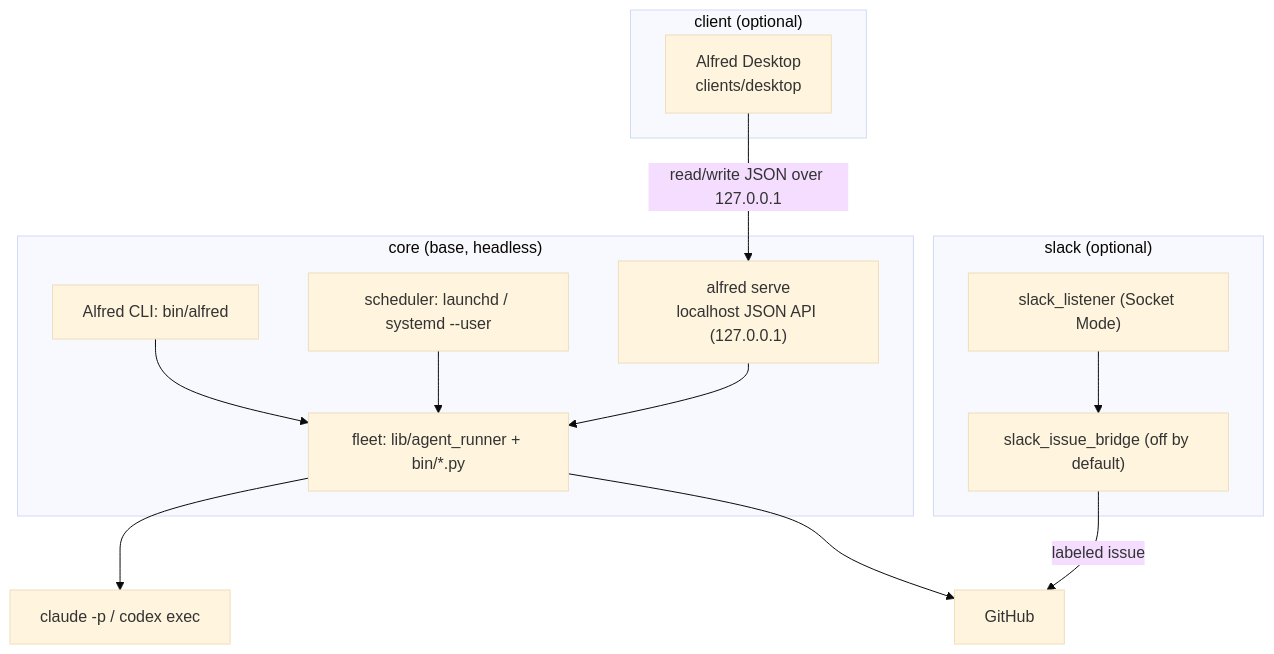
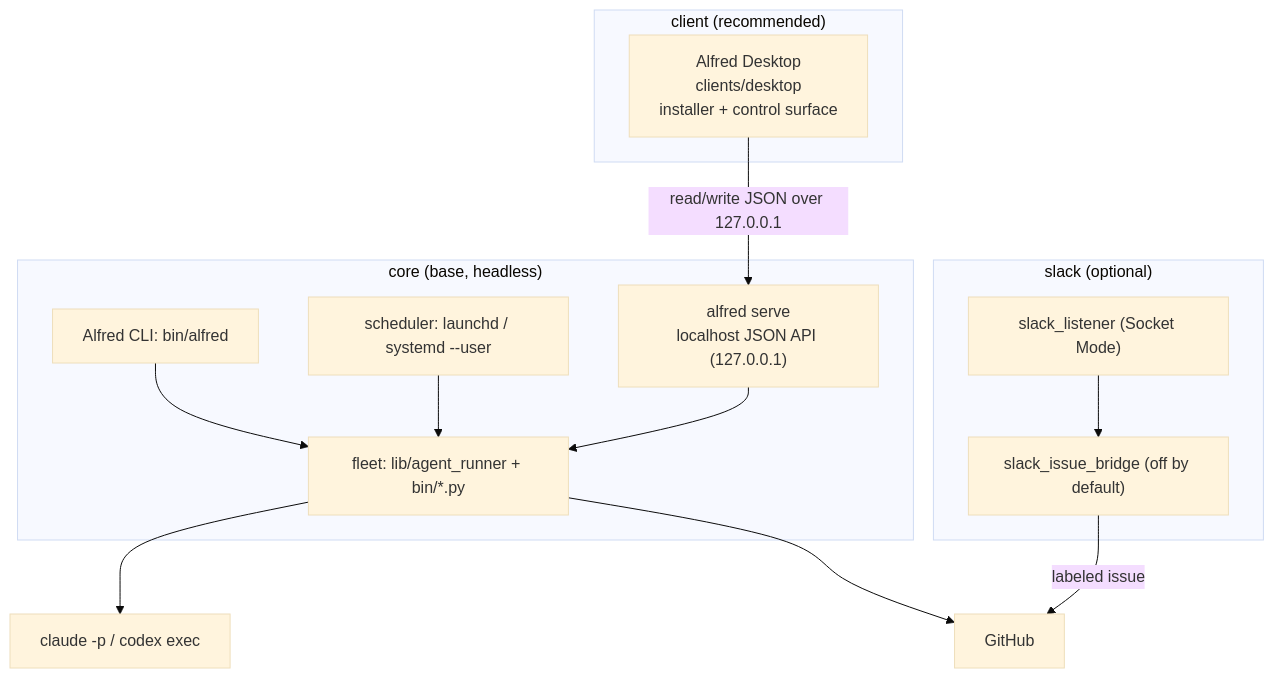
Before and after one commit to luminik-io/alfred-os: the seventh of 8 diagrams in docs/ARCHITECTURE.md, drawn with Mermaid (base theme). The commit also changed other lines of this file and 35 other files, not shown here.

First line of the commit message:
Desktop installs bundled Alfred runtime

````diff
--- a/docs/ARCHITECTURE.md
+++ b/docs/ARCHITECTURE.md
@@ -262,30 +262,30 @@
 ```mermaid
 flowchart TB
     subgraph core["core (base, headless)"]
         fleet["fleet: lib/agent_runner + bin/*.py"]
         cli["Alfred CLI: bin/alfred"]
         sched["scheduler: launchd / systemd --user"]
         serve["alfred serve<br/>localhost JSON API (127.0.0.1)"]
     end
 
-    subgraph client["client (optional)"]
-        desktop["Alfred Desktop<br/>clients/desktop"]
+    subgraph client["client (recommended)"]
+        desktop["Alfred Desktop<br/>clients/desktop<br/>installer + control surface"]
     end
 
     subgraph slack["slack (optional)"]
         listener["slack_listener (Socket Mode)"]
         bridge["slack_issue_bridge (off by default)"]
     end
 
     gh["GitHub"]
     engines["claude -p / codex exec"]
 
     fleet --> engines
     fleet --> gh
     cli --> fleet
     sched --> fleet
     serve --> fleet
     desktop -->|read/write JSON over 127.0.0.1| serve
     listener --> bridge
     bridge -->|labeled issue| gh
 ```
````
